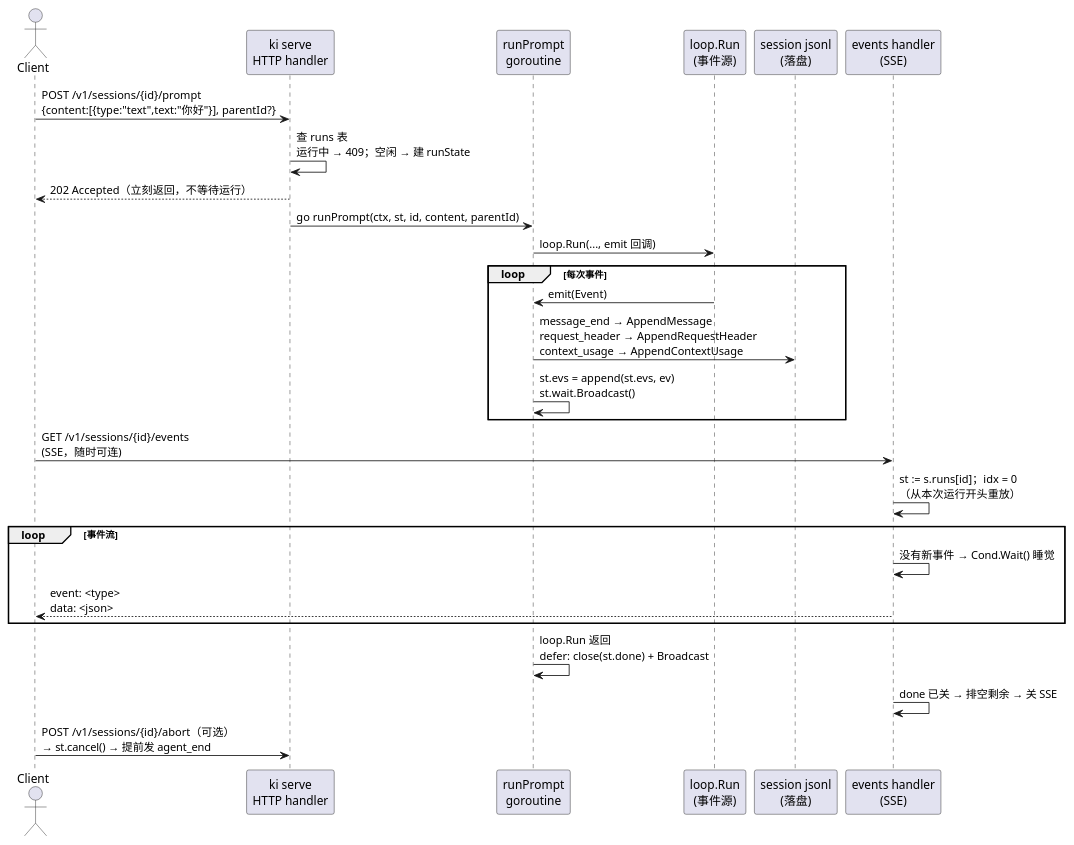
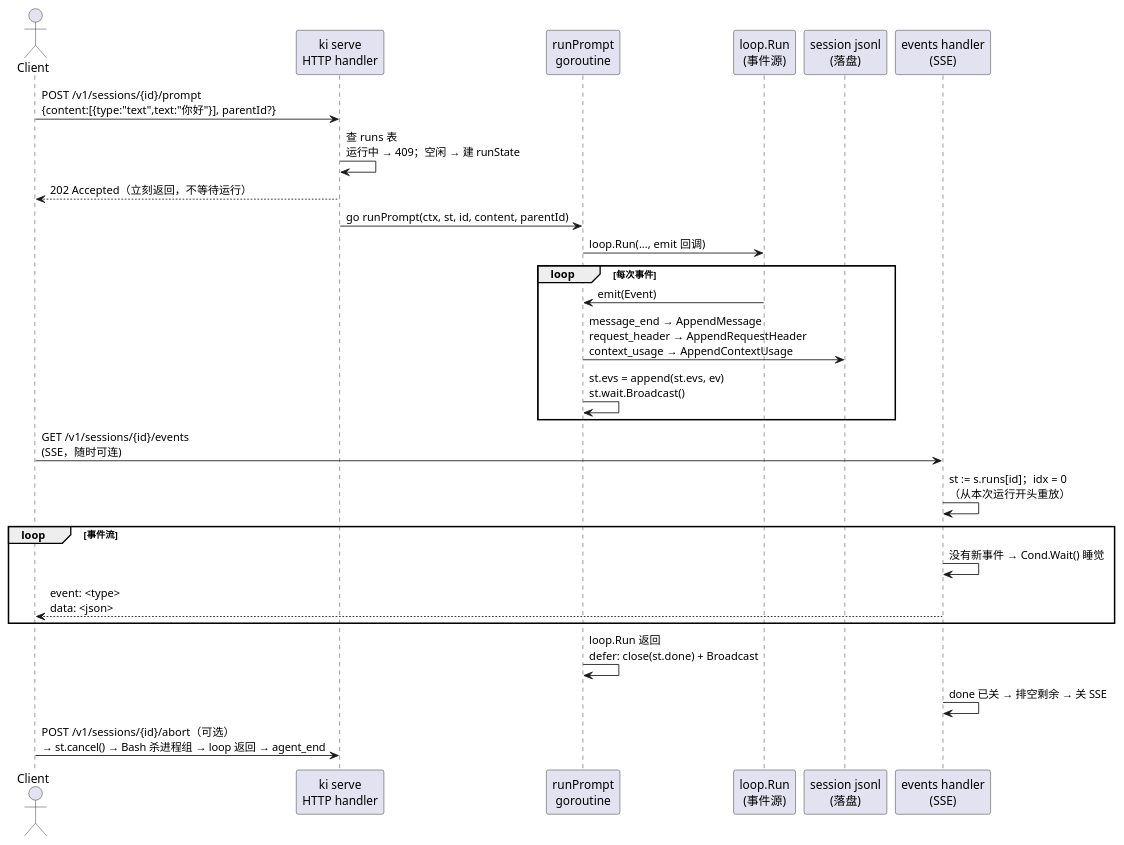
Before and after one commit to skyw8/ki: the first of 2 diagrams in docs/architecture.md, drawn with PlantUML. The commit also changed 8 other files, not shown here.

First line of the commit message:
fix: bash abort kills process group

````diff
--- a/docs/architecture.md
+++ b/docs/architecture.md
@@ -91,34 +91,34 @@
 ```plantuml
 @startuml
 actor Client as C
 participant "ki serve\nHTTP handler" as S
 participant "runPrompt\ngoroutine" as R
 participant "loop.Run\n(事件源)" as L
 participant "session jsonl\n(落盘)" as F
 participant "events handler\n(SSE)" as E
 
 C -> S : POST /v1/sessions/{id}/prompt\n{content:[{type:"text",text:"你好"}], parentId?}
 S -> S : 查 runs 表\n运行中 → 409；空闲 → 建 runState
 S --> C : 202 Accepted（立刻返回，不等待运行）
 S -> R : go runPrompt(ctx, st, id, content, parentId)
 
 R -> L : loop.Run(..., emit 回调)
 loop 每次事件
   L -> R : emit(Event)
   R -> F : message_end → AppendMessage\nrequest_header → AppendRequestHeader\ncontext_usage → AppendContextUsage
   R -> R : st.evs = append(st.evs, ev)\nst.wait.Broadcast()
 end
 
 C -> E : GET /v1/sessions/{id}/events\n(SSE，随时可连)
 E -> E : st := s.runs[id]；idx = 0\n（从本次运行开头重放）
 loop 事件流
   E -> E : 没有新事件 → Cond.Wait() 睡觉
   E --> C : event: <type>\ndata: <json>
 end
 
 R -> R : loop.Run 返回\ndefer: close(st.done) + Broadcast
 E -> E : done 已关 → 排空剩余 → 关 SSE
 
-C -> S : POST /v1/sessions/{id}/abort（可选）\n→ st.cancel() → 提前发 agent_end
+C -> S : POST /v1/sessions/{id}/abort（可选）\n→ st.cancel() → Bash 杀进程组 → loop 返回 → agent_end
 @enduml
 ```
````
